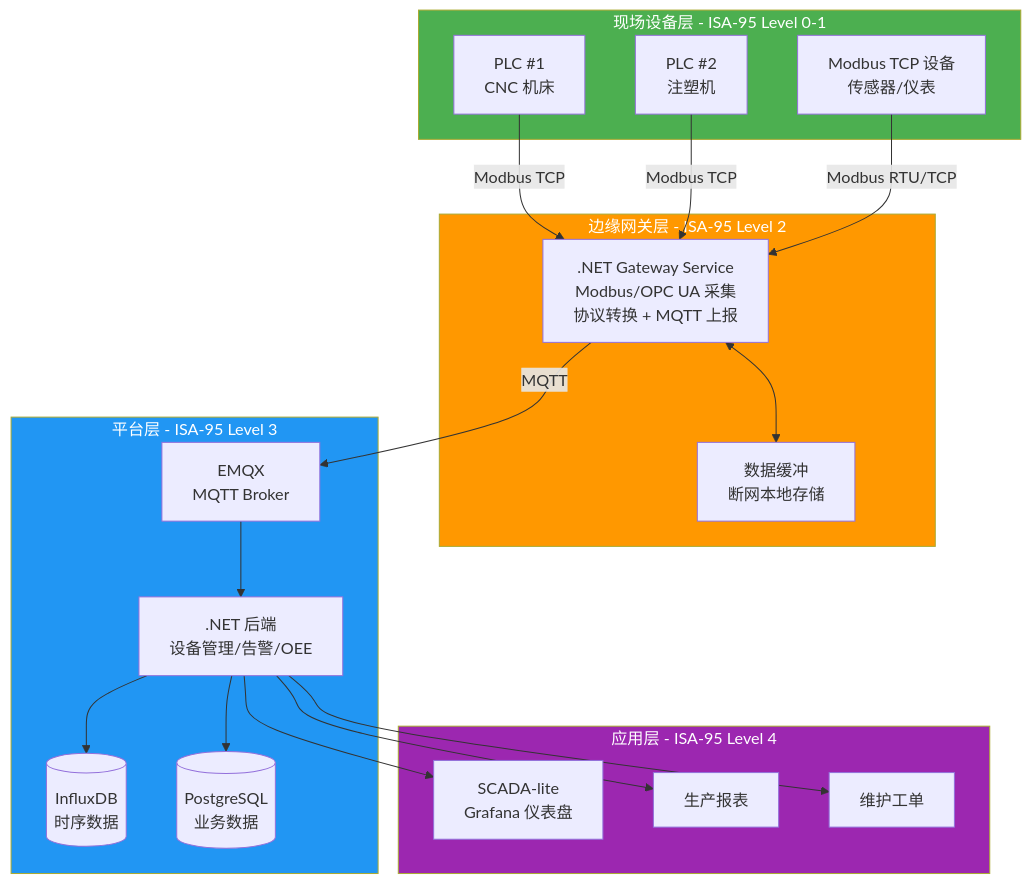
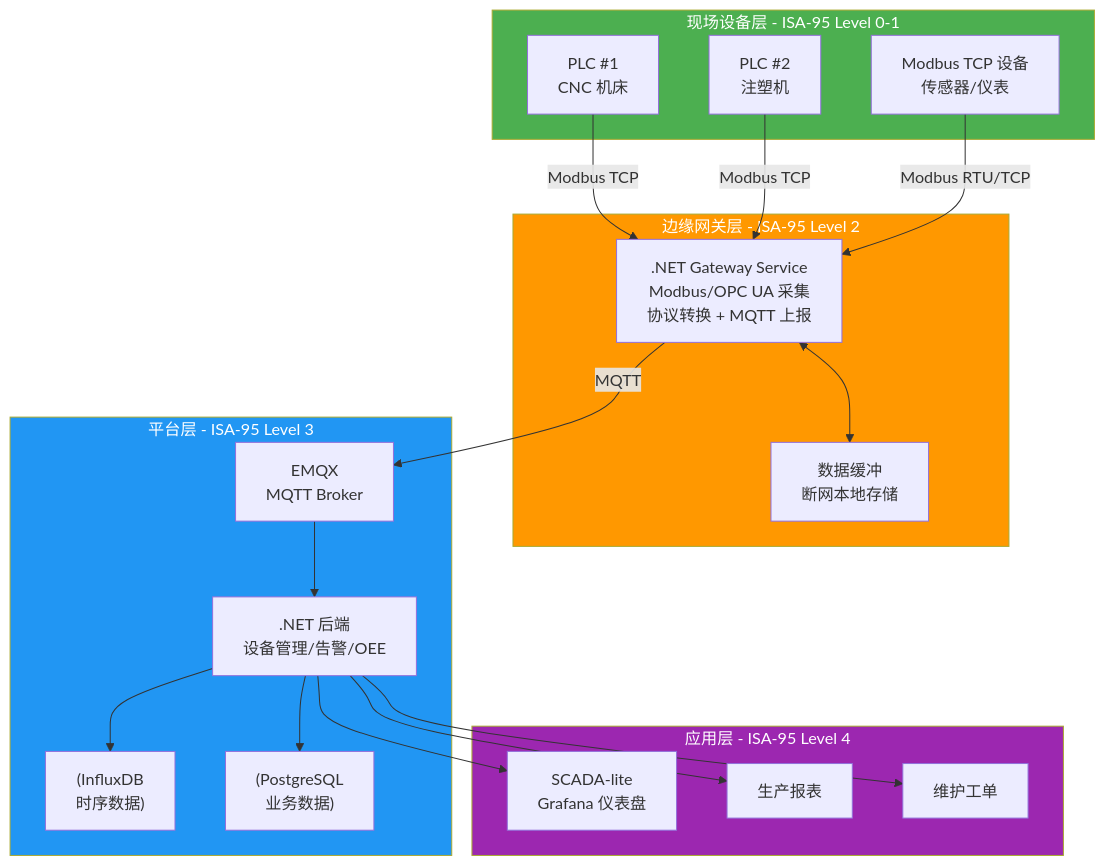
One commit to moklgydocs/moklgydocs.github.io changed the first of 3 diagrams in src/后端开发/DotNet_IoT/09_生产级项目实战/02_工业设备监控.md. Above: the diagram before and after it, drawn with Mermaid. The commit also changed other lines of this file and 178 other files, not shown here.

First line of the commit message:
fix: 修复 mermaid 图表语法错误 - 为含 <br/> 的标签添加引号、修复未闭合引号

````diff
--- a/src/后端开发/DotNet_IoT/09_生产级项目实战/02_工业设备监控.md
+++ b/src/后端开发/DotNet_IoT/09_生产级项目实战/02_工业设备监控.md
@@ -23,39 +23,39 @@
 ```mermaid
 flowchart TB
     subgraph FIELD["现场设备层 - ISA-95 Level 0-1"]
-        PLC1[PLC #1<br/>CNC 机床]
-        PLC2[PLC #2<br/>注塑机]
-        MB[Modbus TCP 设备<br/>传感器/仪表]
+        PLC1["PLC #1<br/>CNC 机床"]
+        PLC2["PLC #2<br/>注塑机"]
+        MB["Modbus TCP 设备<br/>传感器/仪表"]
     end
 
     subgraph EDGE["边缘网关层 - ISA-95 Level 2"]
-        GW[.NET Gateway Service<br/>Modbus/OPC UA 采集<br/>协议转换 + MQTT 上报]
-        BUF[数据缓冲<br/>断网本地存储]
+        GW[".NET Gateway Service<br/>Modbus/OPC UA 采集<br/>协议转换 + MQTT 上报"]
+        BUF["数据缓冲<br/>断网本地存储"]
     end
 
     subgraph CLOUD["平台层 - ISA-95 Level 3"]
-        MQ[EMQX<br/>MQTT Broker]
-        API[.NET 后端<br/>设备管理/告警/OEE]
-        TSD[(InfluxDB<br/>时序数据)]
-        PG[(PostgreSQL<br/>业务数据)]
+        MQ["EMQX<br/>MQTT Broker"]
+        API[".NET 后端<br/>设备管理/告警/OEE"]
+        TSD["(InfluxDB<br/>时序数据)"]
+        PG["(PostgreSQL<br/>业务数据)"]
     end
 
     subgraph APP["应用层 - ISA-95 Level 4"]
-        SCADA[SCADA-lite<br/>Grafana 仪表盘]
+        SCADA["SCADA-lite<br/>Grafana 仪表盘"]
         RPT[生产报表]
         MAINT[维护工单]
     end
 
     PLC1 & PLC2 -->|Modbus TCP| GW
     MB -->|Modbus RTU/TCP| GW
     GW <--> BUF
     GW -->|MQTT| MQ
     MQ --> API
     API --> TSD & PG
     API --> SCADA & RPT & MAINT
 
     style FIELD fill:#4CAF50,color:#fff
     style EDGE fill:#FF9800,color:#fff
     style CLOUD fill:#2196F3,color:#fff
     style APP fill:#9C27B0,color:#fff
 ```
````
